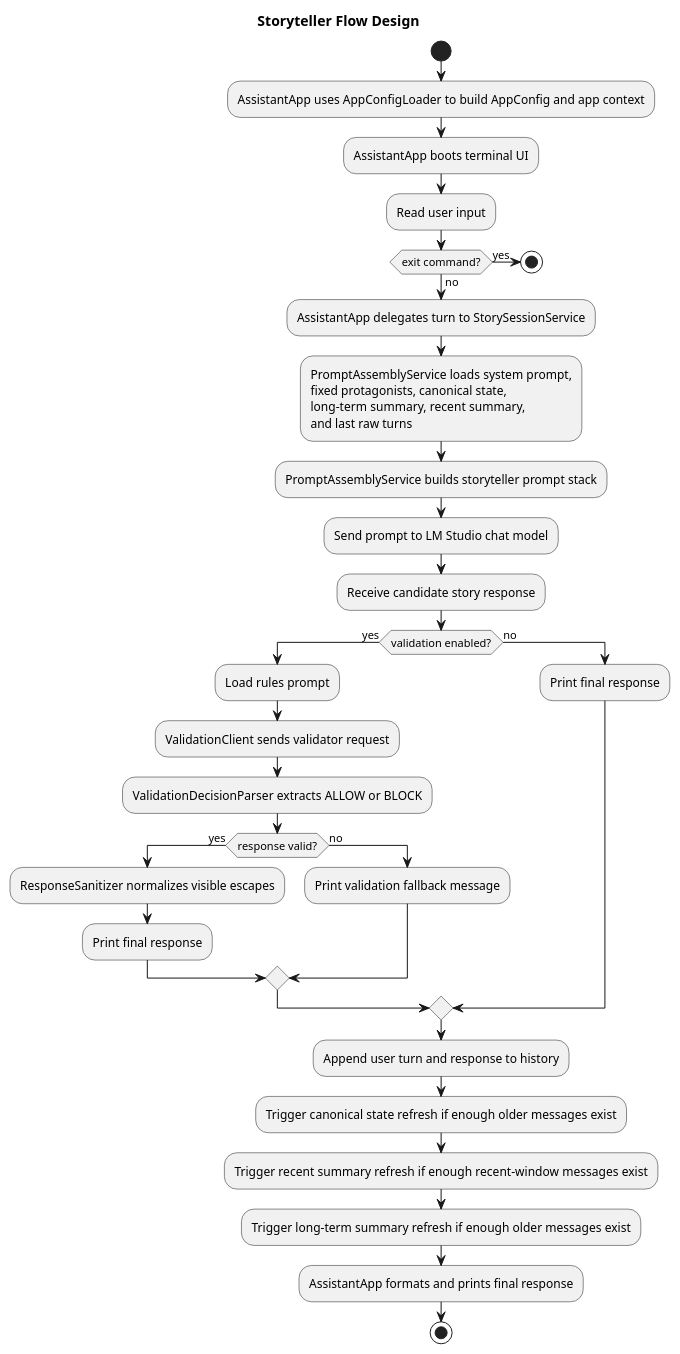
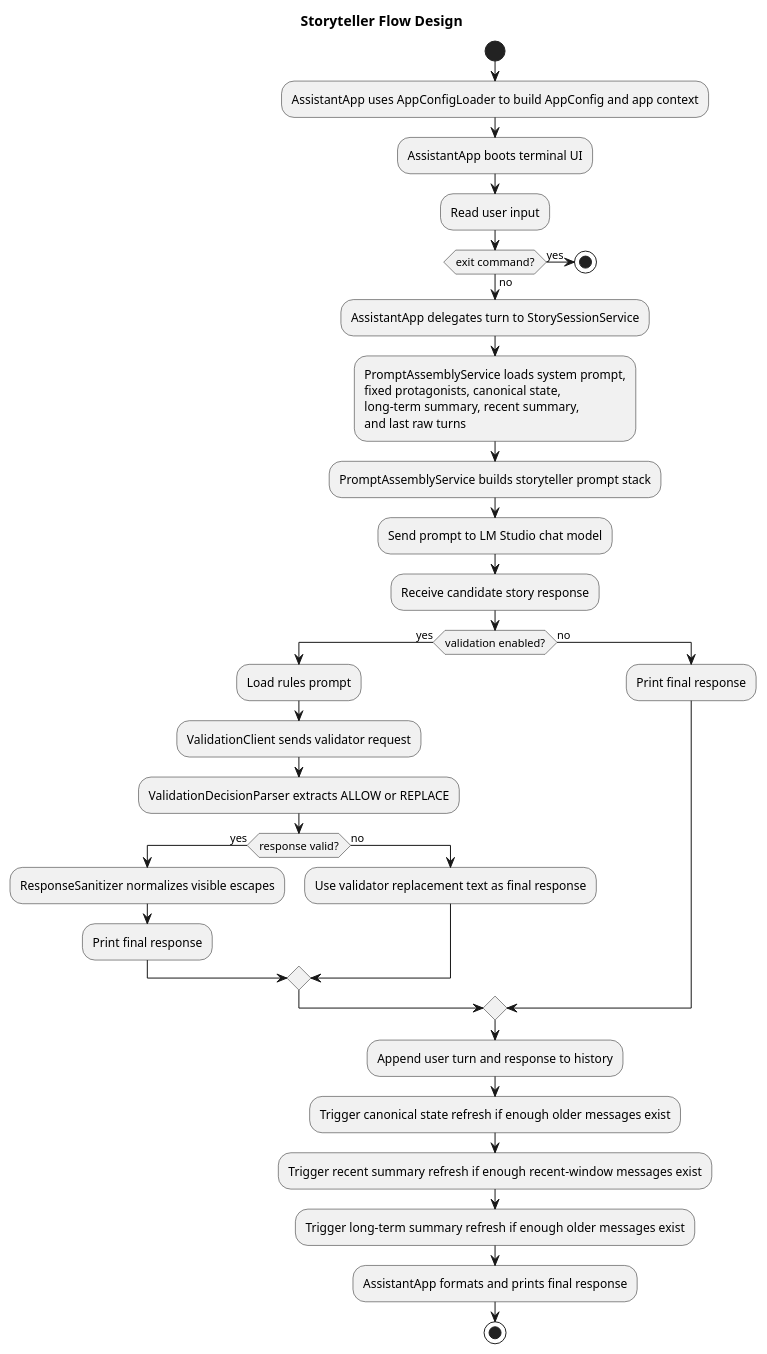
Before and after one commit to jbrugman/Assistant: the diagram in docs/architecture/02-storyteller-flow-design.puml, drawn with PlantUML. The commit also changed 9 other files, not shown here.

```diff
--- a/docs/architecture/02-storyteller-flow-design.puml
+++ b/docs/architecture/02-storyteller-flow-design.puml
@@ -1,67 +1,67 @@
 @startuml
 title Storyteller Flow Design
 
 start
 
 :AssistantApp uses AppConfigLoader to build AppConfig and app context;
 
 :AssistantApp boots terminal UI;
 
 :Read user input;
 
 if (exit command?) then (yes)
 
   stop
 
 else (no)
 
   :AssistantApp delegates turn to StorySessionService;
 
   :PromptAssemblyService loads system prompt,\nfixed protagonists, canonical state,\nlong-term summary, recent summary,\nand last raw turns;
 
   :PromptAssemblyService builds storyteller prompt stack;
 
   :Send prompt to LM Studio chat model;
 
   :Receive candidate story response;
 
   if (validation enabled?) then (yes)
 
     :Load rules prompt;
 
     :ValidationClient sends validator request;
 
-    :ValidationDecisionParser extracts ALLOW or BLOCK;
+    :ValidationDecisionParser extracts ALLOW or REPLACE;
 
     if (response valid?) then (yes)
 
       :ResponseSanitizer normalizes visible escapes;
 
       :Print final response;
 
     else (no)
 
-      :Print validation fallback message;
+      :Use validator replacement text as final response;
 
     endif
 
   else (no)
 
     :Print final response;
 
   endif
 
   :Append user turn and response to history;
 
   :Trigger canonical state refresh if enough older messages exist;
 
   :Trigger recent summary refresh if enough recent-window messages exist;
 
   :Trigger long-term summary refresh if enough older messages exist;
 
   :AssistantApp formats and prints final response;
 
 endif
 
 stop
 @enduml
```
